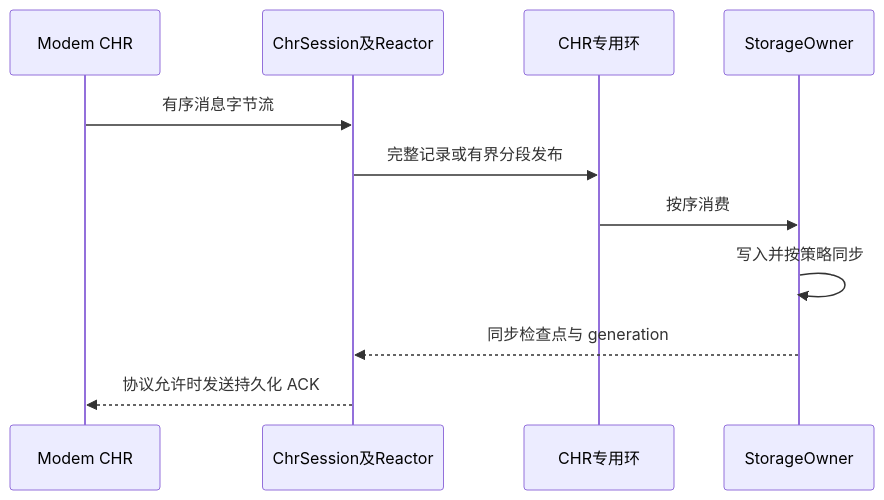
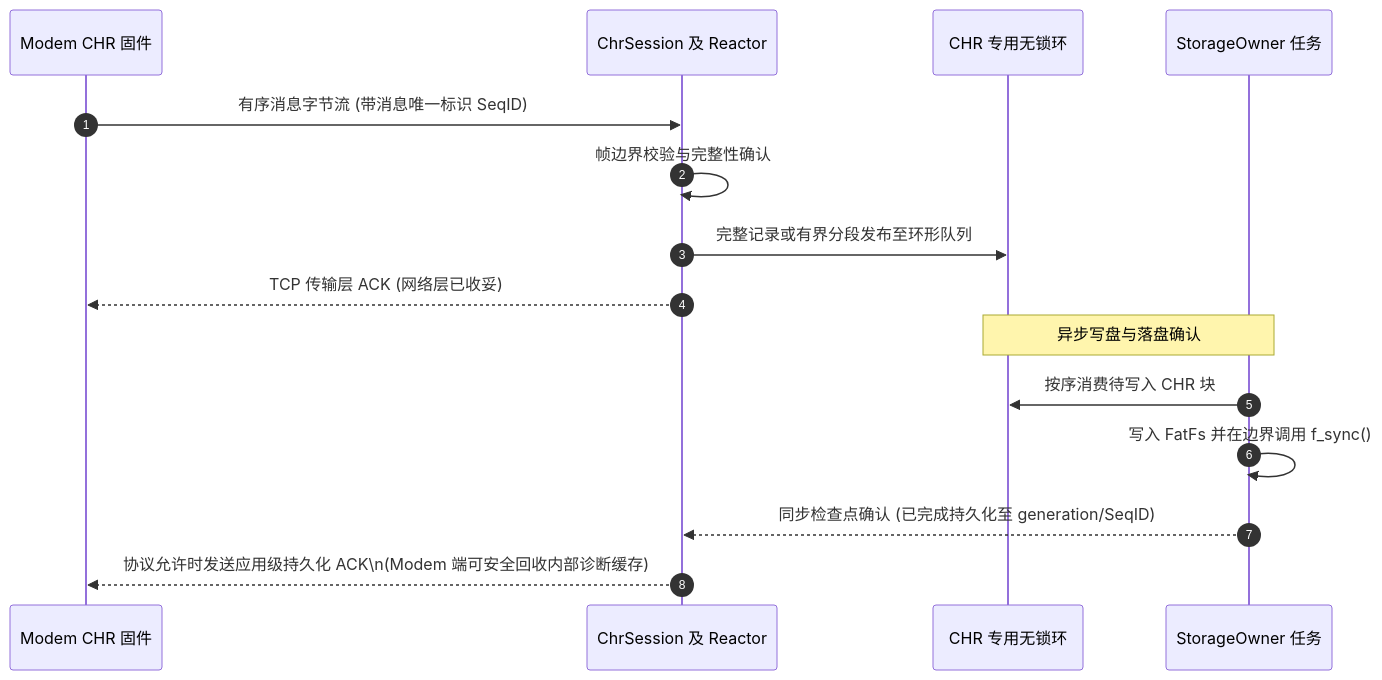
Before and after one commit to luckyJimLu/system-design-notes: diagram 12 of 12 in embedded-systems/modemlog/03-modem-complete-mermaid-flows.md, drawn with Mermaid. The commit also changed other lines of this file and 19 other files, not shown here.

First line of the commit message:
docs: update modem flows and system documentation

````diff
--- a/embedded-systems/modemlog/03-modem-complete-mermaid-flows.md
+++ b/embedded-systems/modemlog/03-modem-complete-mermaid-flows.md
@@ -209,13 +387,19 @@
 ```mermaid
 sequenceDiagram
-    participant modem as Modem CHR
-    participant rx as ChrSession及Reactor
-    participant ring as CHR专用环
-    participant disk as StorageOwner
-    modem->>rx: 有序消息字节流
-    rx->>ring: 完整记录或有界分段发布
-    ring->>disk: 按序消费
-    disk->>disk: 写入并按策略同步
-    disk-->>rx: 同步检查点与 generation
-    rx-->>modem: 协议允许时发送持久化 ACK
+    autonumber
+    participant Modem as Modem CHR 固件
+    participant Rx as ChrSession 及 Reactor
+    participant Ring as CHR 专用无锁环
+    participant Disk as StorageOwner 任务
+
+    Modem->>Rx: 有序消息字节流 (带消息唯一标识 SeqID)
+    Rx->>Rx: 帧边界校验与完整性确认
+    Rx->>Ring: 完整记录或有界分段发布至环形队列
+    Rx-->>Modem: TCP 传输层 ACK (网络层已收妥)
+
+    Note over Ring,Disk: 异步写盘与落盘确认
+    Disk->>Ring: 按序消费待写入 CHR 块
+    Disk->>Disk: 写入 FatFs 并在边界调用 f_sync()
+    Disk-->>Rx: 同步检查点确认 (已完成持久化至 generation/SeqID)
+    Rx-->>Modem: 协议允许时发送应用级持久化 ACK\n(Modem 端可安全回收内部诊断缓存)
 ```
````
